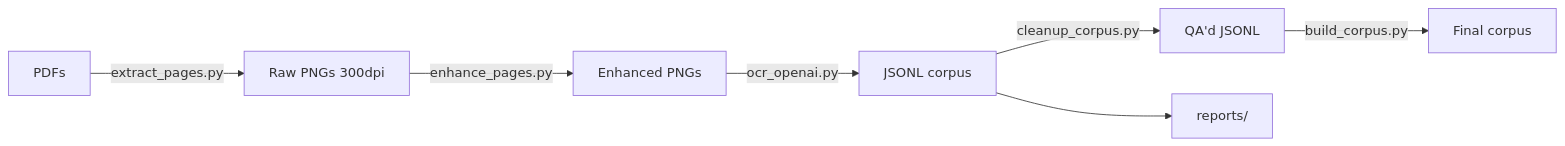
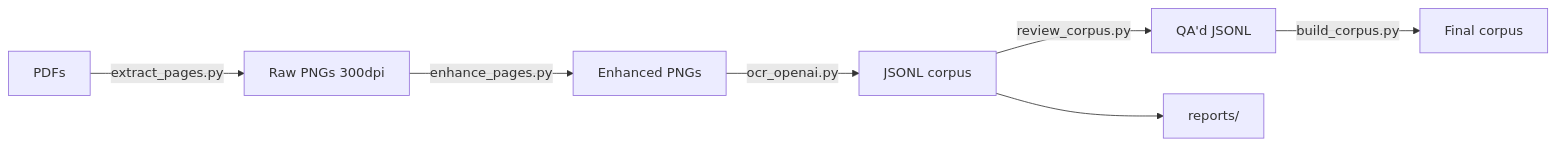
One commit to crispyfunicular/ocr_pipeline changed the diagram in ARCHITECTURE.md. Above: the diagram before and after it, drawn with Mermaid. The commit also changed other lines of this file and 3 other files, not shown here.

````diff
--- a/ARCHITECTURE.md
+++ b/ARCHITECTURE.md
@@ -9,9 +9,9 @@
 ```mermaid
 graph LR
     A[PDFs] -->|extract_pages.py| B[Raw PNGs 300dpi]
     B -->|enhance_pages.py| C[Enhanced PNGs]
     C -->|ocr_openai.py| D[JSONL corpus]
-    D -->|cleanup_corpus.py| E[QA'd JSONL]
+    D -->|review_corpus.py| E[QA'd JSONL]
     E -->|build_corpus.py| F[Final corpus]
     D --> G[reports/]
 ```
````
